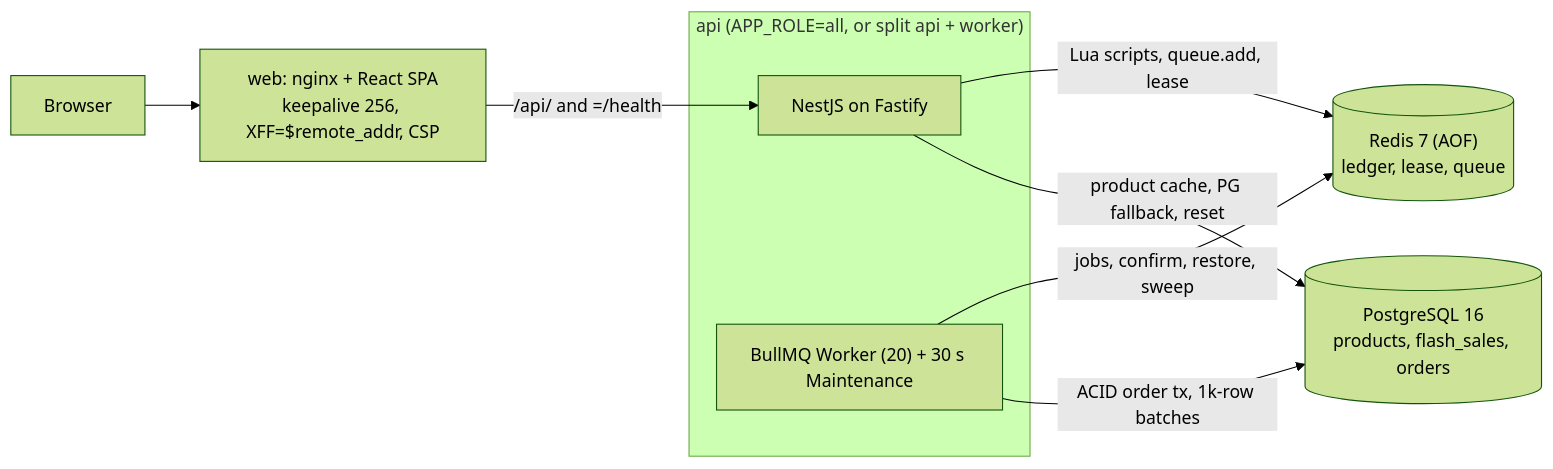
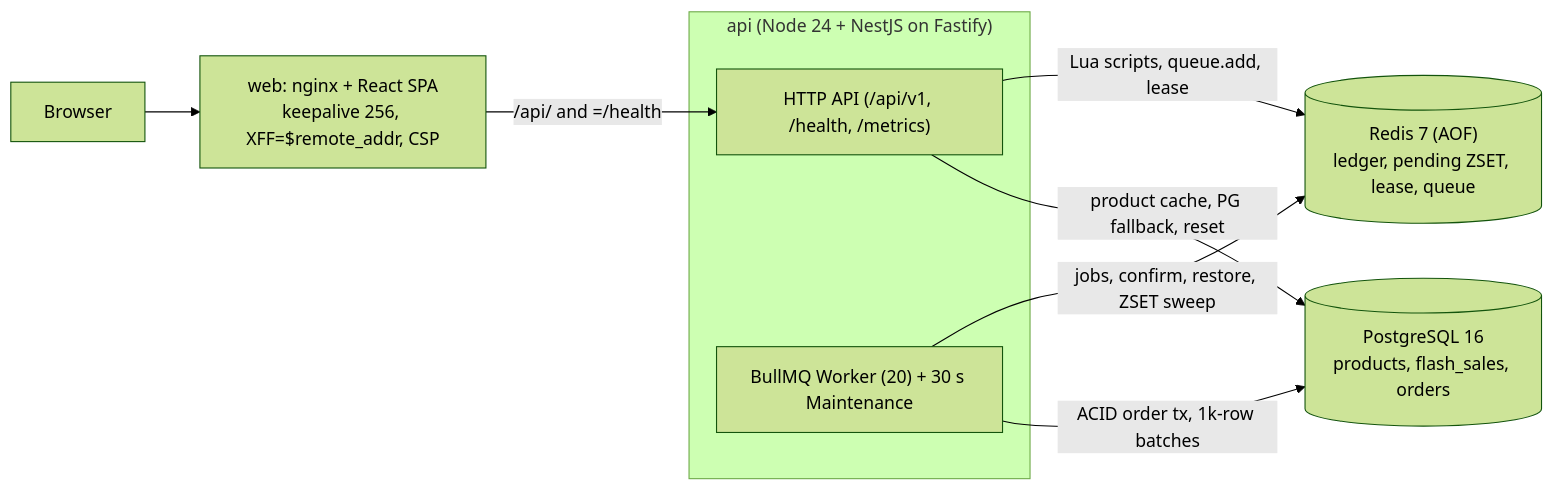
One commit to minhhieple97/flash-sale-system changed the first of 2 diagrams in README.md. Above: the diagram before and after it, drawn with Mermaid (forest theme). The commit also changed other lines of this file and 155 other files, not shown here.

Commit message:
refactor: simplify modules, replace HSCAN sweeper with Redis ZSET, and consolidate docs

````diff
--- a/README.md
+++ b/README.md
@@ -35,13 +35,13 @@
 ```mermaid
 flowchart LR
     browser["Browser"] --> nginx["web: nginx + React SPA<br/>keepalive 256, XFF=$remote_addr, CSP"]
     nginx -->|"/api/ and =/health"| http
-    subgraph runtime["api (APP_ROLE=all, or split api + worker)"]
-        http["NestJS on Fastify"]
+    subgraph runtime["api (Node 24 + NestJS on Fastify)"]
+        http["HTTP API (/api/v1, /health, /metrics)"]
         worker["BullMQ Worker (20) + 30 s Maintenance"]
     end
-    http -->|"Lua scripts, queue.add, lease"| redis[("Redis 7 (AOF)<br/>ledger, lease, queue")]
-    worker -->|"jobs, confirm, restore, sweep"| redis
+    http -->|"Lua scripts, queue.add, lease"| redis[("Redis 7 (AOF)<br/>ledger, pending ZSET, lease, queue")]
+    worker -->|"jobs, confirm, restore, ZSET sweep"| redis
     worker -->|"ACID order tx, 1k-row batches"| pg[("PostgreSQL 16<br/>products, flash_sales, orders")]
     http -->|"product cache, PG fallback, reset"| pg
 ```
````
